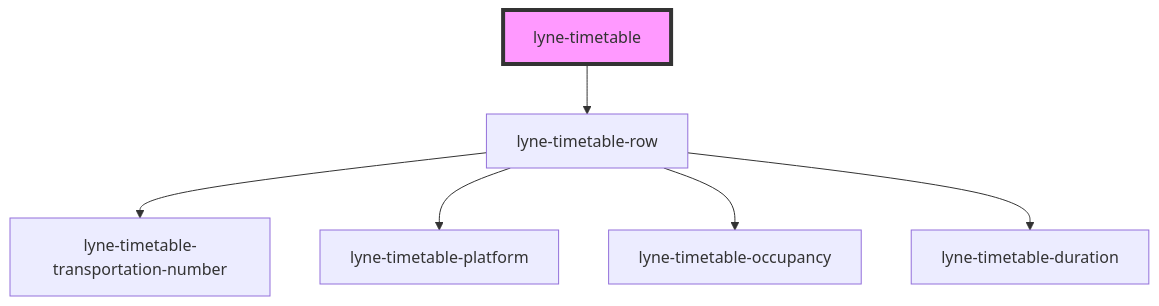
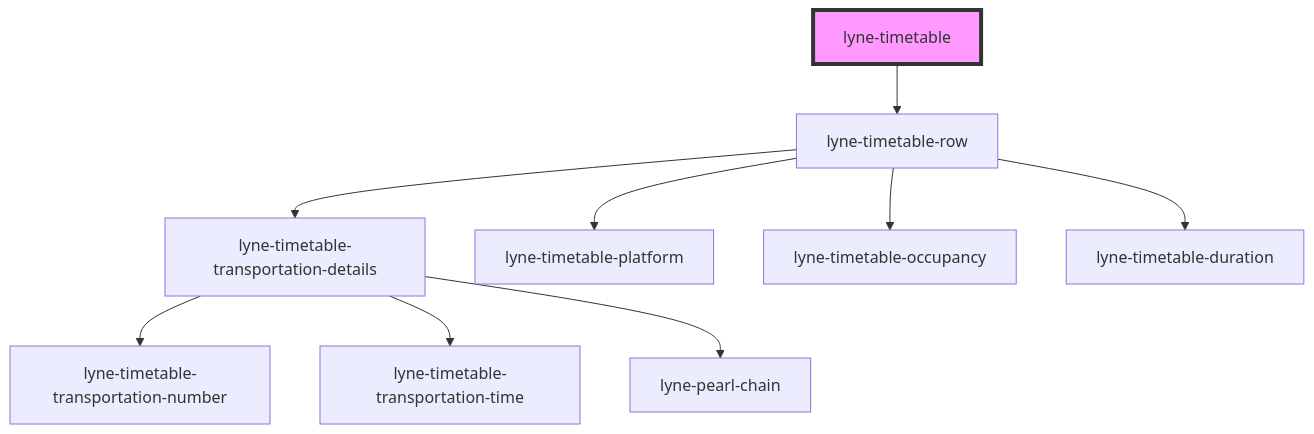
Before and after one commit to sbb-design-systems/lyne-components: the diagram in src/components/lyne-timetable/readme.md, drawn with Mermaid. The commit also changed 26 other files, not shown here.

Commit message:
feat: re-working timetable details and adding lyne-timetable-transportation time module

````diff
--- a/src/components/lyne-timetable/readme.md
+++ b/src/components/lyne-timetable/readme.md
@@ -22,9 +22,12 @@
 ```mermaid
 graph TD;
   lyne-timetable --> lyne-timetable-row
-  lyne-timetable-row --> lyne-timetable-transportation-number
+  lyne-timetable-row --> lyne-timetable-transportation-details
   lyne-timetable-row --> lyne-timetable-platform
   lyne-timetable-row --> lyne-timetable-occupancy
   lyne-timetable-row --> lyne-timetable-duration
+  lyne-timetable-transportation-details --> lyne-timetable-transportation-number
+  lyne-timetable-transportation-details --> lyne-timetable-transportation-time
+  lyne-timetable-transportation-details --> lyne-pearl-chain
   style lyne-timetable fill:#f9f,stroke:#333,stroke-width:4px
 ```
````
